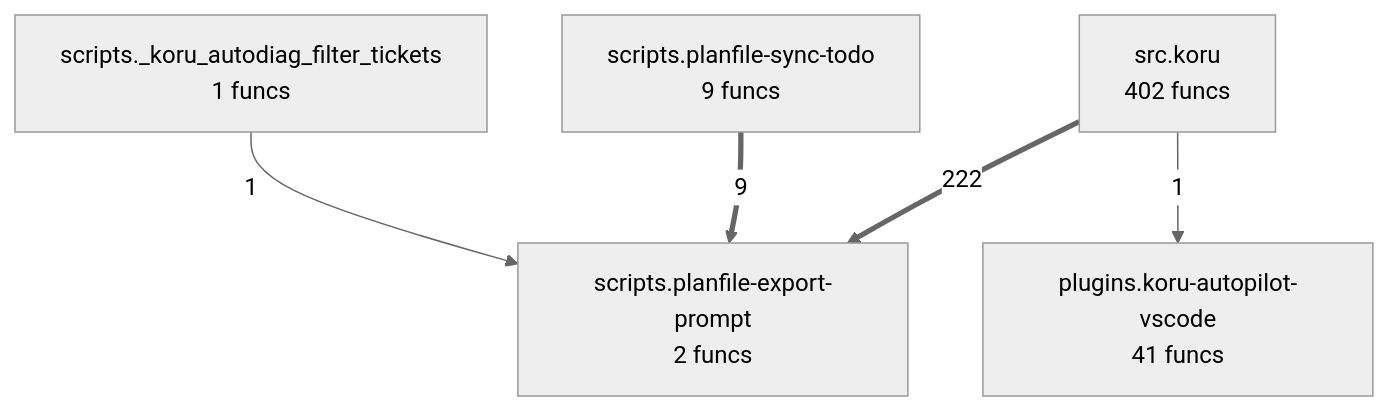
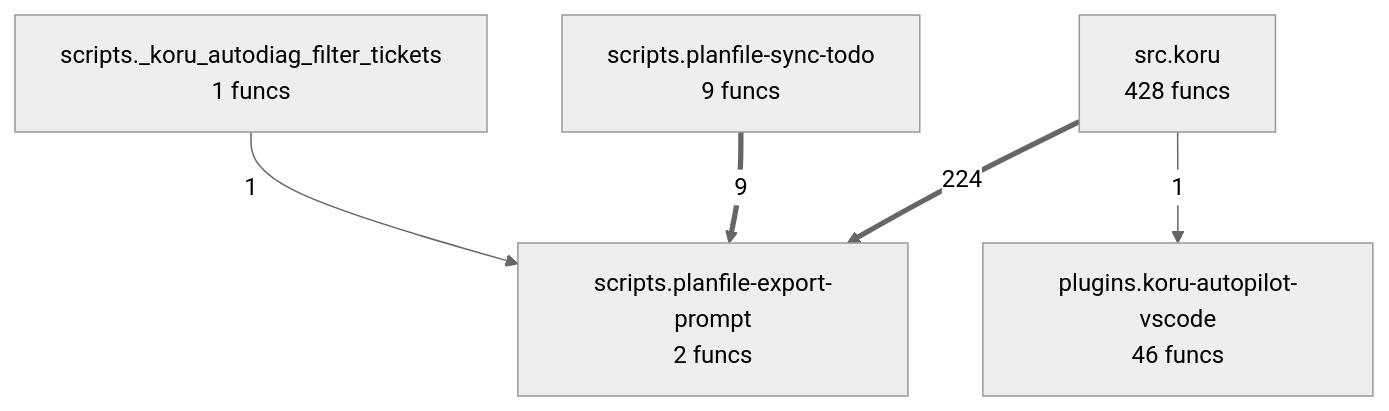
The diagram in project/compact_flow.mmd (semcod/koru), drawn with Mermaid (neutral theme) before and after one commit. The commit also changed 32 other files, not shown here.

```diff
--- a/project/compact_flow.mmd
+++ b/project/compact_flow.mmd
@@ -1,11 +1,11 @@
 flowchart TD
 %% generated in 0.01s
-    plugins__koru_autopilot_vscode["plugins.koru-autopilot-vscode<br/>41 funcs"]
+    plugins__koru_autopilot_vscode["plugins.koru-autopilot-vscode<br/>46 funcs"]
     scripts___koru_autodiag_filter_tickets["scripts._koru_autodiag_filter_tickets<br/>1 funcs"]
     scripts__planfile_export_prompt["scripts.planfile-export-prompt<br/>2 funcs"]
     scripts__planfile_sync_todo["scripts.planfile-sync-todo<br/>9 funcs"]
-    src__koru["src.koru<br/>402 funcs"]
-    src__koru ==>|222| scripts__planfile_export_prompt
+    src__koru["src.koru<br/>428 funcs"]
+    src__koru ==>|224| scripts__planfile_export_prompt
     scripts__planfile_sync_todo ==>|9| scripts__planfile_export_prompt
     src__koru -->|1| plugins__koru_autopilot_vscode
     scripts___koru_autodiag_filter_tickets -->|1| scripts__planfile_export_prompt
```
